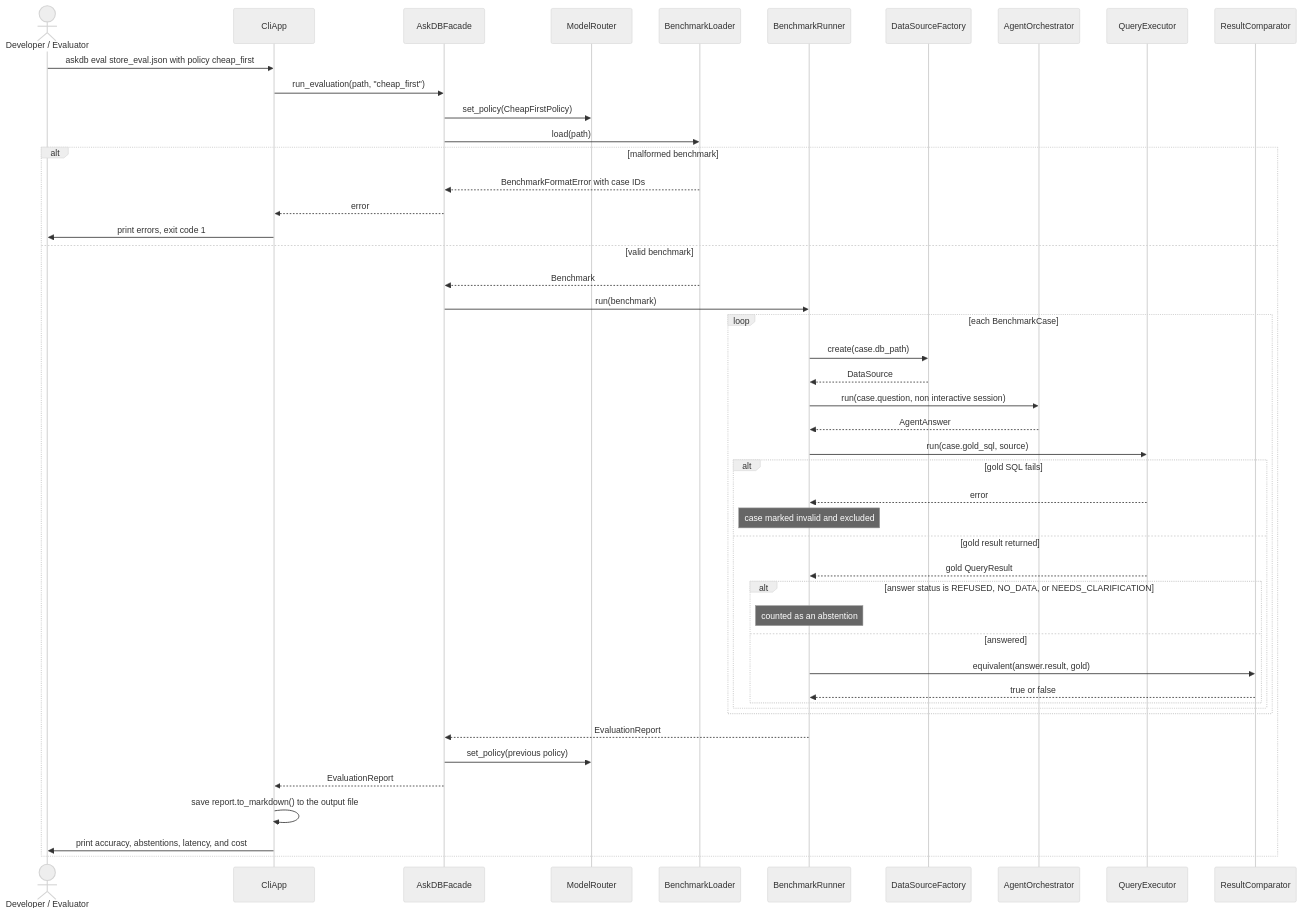
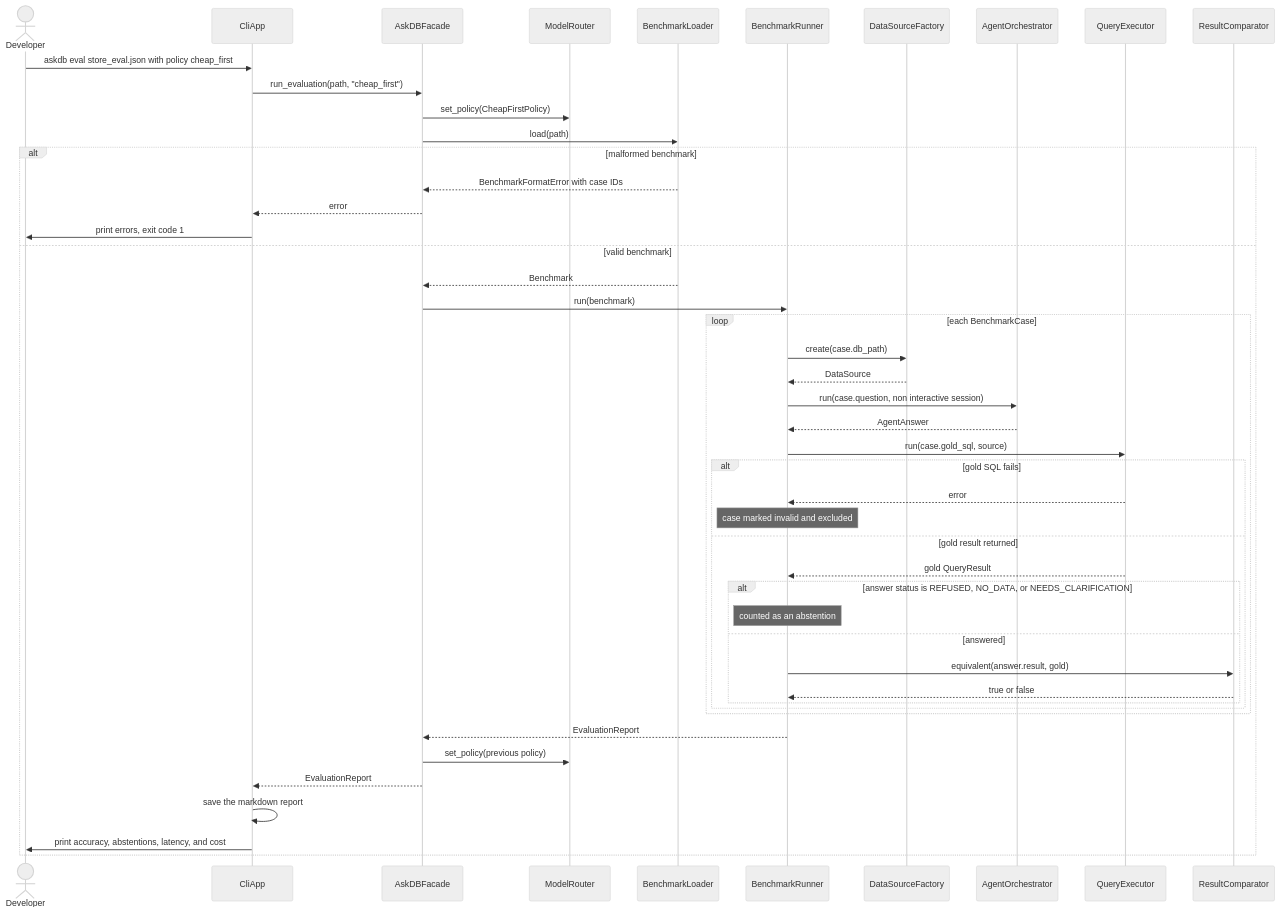
One commit to krishi-shah/AskDB-Data-Analyst-Agent changed diagram 17 of 17 in docs/Stage1_Design_Report.md. Above: the diagram before and after it, drawn with Mermaid (neutral theme). The commit also changed other lines of this file, not shown here.

Commit message:
Make the GitHub diagrams render in dark mode.

````diff
--- a/docs/Stage1_Design_Report.md
+++ b/docs/Stage1_Design_Report.md
@@ -2282,50 +2282,50 @@
 ```mermaid
 sequenceDiagram
-    actor E as Developer / Evaluator
+    actor E as Developer
     participant CLI as CliApp
     participant F as AskDBFacade
     participant MR as ModelRouter
     participant BL as BenchmarkLoader
     participant BR as BenchmarkRunner
     participant DSF as DataSourceFactory
     participant O as AgentOrchestrator
     participant QE as QueryExecutor
     participant RC as ResultComparator
 
     E->>CLI: askdb eval store_eval.json with policy cheap_first
     CLI->>F: run_evaluation(path, "cheap_first")
     F->>MR: set_policy(CheapFirstPolicy)
     F->>BL: load(path)
     alt malformed benchmark
         BL-->>F: BenchmarkFormatError with case IDs
         F-->>CLI: error
         CLI->>E: print errors, exit code 1
     else valid benchmark
         BL-->>F: Benchmark
         F->>BR: run(benchmark)
         loop each BenchmarkCase
             BR->>DSF: create(case.db_path)
             DSF-->>BR: DataSource
             BR->>O: run(case.question, non interactive session)
             O-->>BR: AgentAnswer
             BR->>QE: run(case.gold_sql, source)
             alt gold SQL fails
                 QE-->>BR: error
                 Note over BR: case marked invalid and excluded
             else gold result returned
                 QE-->>BR: gold QueryResult
                 alt answer status is REFUSED, NO_DATA, or NEEDS_CLARIFICATION
                     Note over BR: counted as an abstention
                 else answered
                     BR->>RC: equivalent(answer.result, gold)
                     RC-->>BR: true or false
                 end
             end
         end
         BR-->>F: EvaluationReport
         F->>MR: set_policy(previous policy)
         F-->>CLI: EvaluationReport
-        CLI->>CLI: save report.to_markdown() to the output file
+        CLI->>CLI: save the markdown report
         CLI->>E: print accuracy, abstentions, latency, and cost
     end
 ```
````
